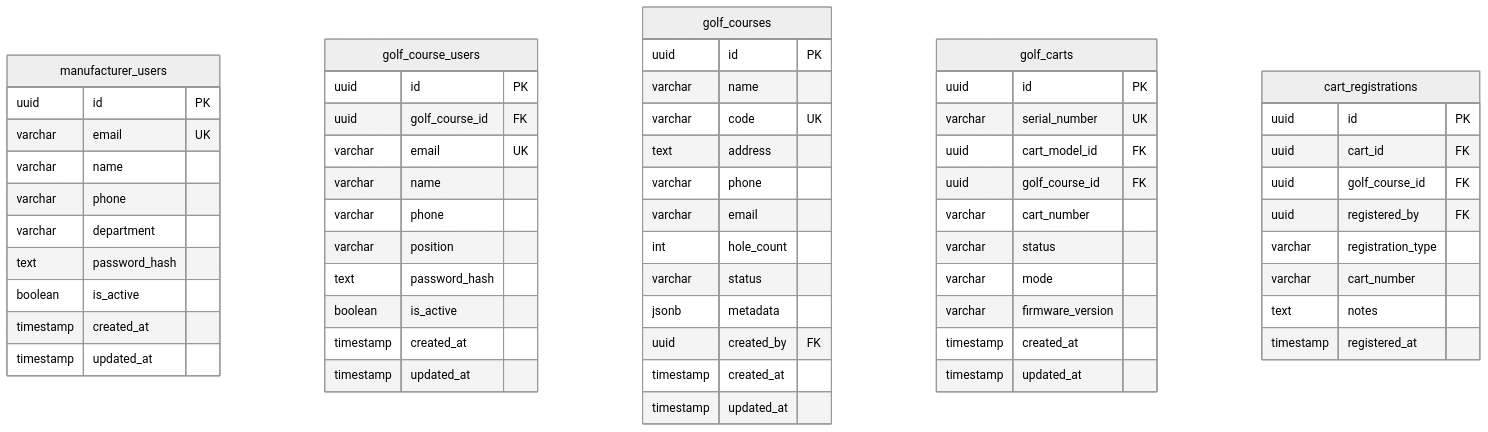
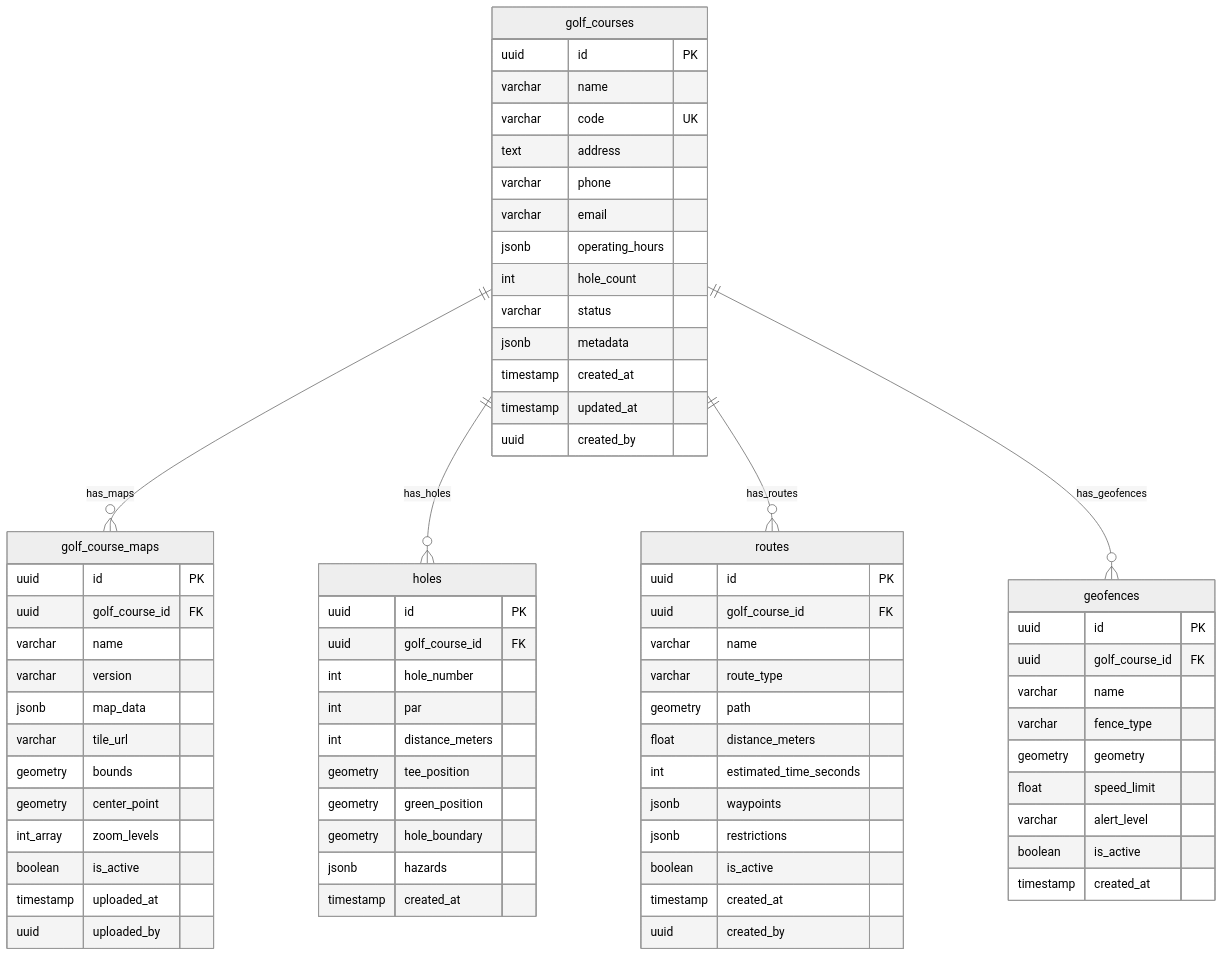
The second of 7 diagrams in docs/00-PRD/erd-mermaid.md (viadevelopers/DY-golfcart-monolith), drawn with Mermaid (neutral theme) before and after one commit. The commit also changed other lines of this file and 67 other files, not shown here.

First line of the commit message:
refactor: Complete DDD to MVP architecture transition

````diff
--- a/docs/00-PRD/erd-mermaid.md
+++ b/docs/00-PRD/erd-mermaid.md
@@ -33,66 +30,78 @@
 ```mermaid
 erDiagram
-    manufacturer_users {
-        uuid id PK
-        varchar email UK
-        varchar name
-        varchar phone
-        varchar department
-        text password_hash
-        boolean is_active
-        timestamp created_at
-        timestamp updated_at
-    }
-
-    golf_course_users {
-        uuid id PK
-        uuid golf_course_id FK
-        varchar email UK
-        varchar name
-        varchar phone
-        varchar position
-        text password_hash
-        boolean is_active
-        timestamp created_at
-        timestamp updated_at
-    }
-
     golf_courses {
         uuid id PK
         varchar name
         varchar code UK
         text address
         varchar phone
         varchar email
+        jsonb operating_hours
         int hole_count
         varchar status
         jsonb metadata
-        uuid created_by FK
         timestamp created_at
         timestamp updated_at
+        uuid created_by
     }
 
-    golf_carts {
+    golf_course_maps {
         uuid id PK
-        varchar serial_number UK
-        uuid cart_model_id FK
         uuid golf_course_id FK
-        varchar cart_number
-        varchar status
-        varchar mode
-        varchar firmware_version
-        timestamp created_at
-        timestamp updated_at
+        varchar name
+        varchar version
+        jsonb map_data
+        varchar tile_url
+        geometry bounds
+        geometry center_point
+        int_array zoom_levels
+        boolean is_active
+        timestamp uploaded_at
+        uuid uploaded_by
     }
 
-    cart_registrations {
+    holes {
         uuid id PK
-        uuid cart_id FK
         uuid golf_course_id FK
-        uuid registered_by FK
-        varchar registration_type
-        varchar cart_number
-        text notes
-        timestamp registered_at
+        int hole_number
+        int par
+        int distance_meters
+        geometry tee_position
+        geometry green_position
+        geometry hole_boundary
+        jsonb hazards
+        timestamp created_at
     }
+
+    routes {
+        uuid id PK
+        uuid golf_course_id FK
+        varchar name
+        varchar route_type
+        geometry path
+        float distance_meters
+        int estimated_time_seconds
+        jsonb waypoints
+        jsonb restrictions
+        boolean is_active
+        timestamp created_at
+        uuid created_by
+    }
+
+    geofences {
+        uuid id PK
+        uuid golf_course_id FK
+        varchar name
+        varchar fence_type
+        geometry geometry
+        float speed_limit
+        varchar alert_level
+        boolean is_active
+        timestamp created_at
+    }
+
+    golf_courses ||--o{ golf_course_maps : "has_maps"
+    golf_courses ||--o{ holes : "has_holes"
+    golf_courses ||--o{ routes : "has_routes"
+    golf_courses ||--o{ geofences : "has_geofences"
 ```
````
